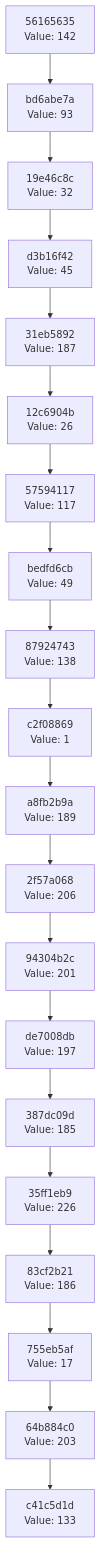
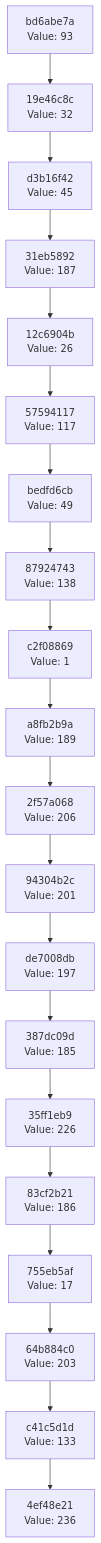
One commit to Abhisheksinha1506/hash-chain-evolver changed the diagram in docs/CHAIN_VISUALIZATION.md. Above: the diagram before and after it, drawn with Mermaid. The commit also changed 3 other files, not shown here.

````diff
--- a/docs/CHAIN_VISUALIZATION.md
+++ b/docs/CHAIN_VISUALIZATION.md
@@ -3,42 +3,42 @@
 ```mermaid
 graph TD
-    C0["c41c5d1d<br/>Value: 133"]
-    C1["64b884c0<br/>Value: 203"]
+    C0["4ef48e21<br/>Value: 236"]
+    C1["c41c5d1d<br/>Value: 133"]
     C1 --> C0
-    C2["755eb5af<br/>Value: 17"]
+    C2["64b884c0<br/>Value: 203"]
     C2 --> C1
-    C3["83cf2b21<br/>Value: 186"]
+    C3["755eb5af<br/>Value: 17"]
     C3 --> C2
-    C4["35ff1eb9<br/>Value: 226"]
+    C4["83cf2b21<br/>Value: 186"]
     C4 --> C3
-    C5["387dc09d<br/>Value: 185"]
+    C5["35ff1eb9<br/>Value: 226"]
     C5 --> C4
-    C6["de7008db<br/>Value: 197"]
+    C6["387dc09d<br/>Value: 185"]
     C6 --> C5
-    C7["94304b2c<br/>Value: 201"]
+    C7["de7008db<br/>Value: 197"]
     C7 --> C6
-    C8["2f57a068<br/>Value: 206"]
+    C8["94304b2c<br/>Value: 201"]
     C8 --> C7
-    C9["a8fb2b9a<br/>Value: 189"]
+    C9["2f57a068<br/>Value: 206"]
     C9 --> C8
-    C10["c2f08869<br/>Value: 1"]
+    C10["a8fb2b9a<br/>Value: 189"]
     C10 --> C9
-    C11["87924743<br/>Value: 138"]
+    C11["c2f08869<br/>Value: 1"]
     C11 --> C10
-    C12["bedfd6cb<br/>Value: 49"]
+    C12["87924743<br/>Value: 138"]
     C12 --> C11
-    C13["57594117<br/>Value: 117"]
+    C13["bedfd6cb<br/>Value: 49"]
     C13 --> C12
-    C14["12c6904b<br/>Value: 26"]
+    C14["57594117<br/>Value: 117"]
     C14 --> C13
-    C15["31eb5892<br/>Value: 187"]
+    C15["12c6904b<br/>Value: 26"]
     C15 --> C14
-    C16["d3b16f42<br/>Value: 45"]
+    C16["31eb5892<br/>Value: 187"]
     C16 --> C15
-    C17["19e46c8c<br/>Value: 32"]
+    C17["d3b16f42<br/>Value: 45"]
     C17 --> C16
-    C18["bd6abe7a<br/>Value: 93"]
+    C18["19e46c8c<br/>Value: 32"]
     C18 --> C17
-    C19["56165635<br/>Value: 142"]
+    C19["bd6abe7a<br/>Value: 93"]
     C19 --> C18
 ```
````
